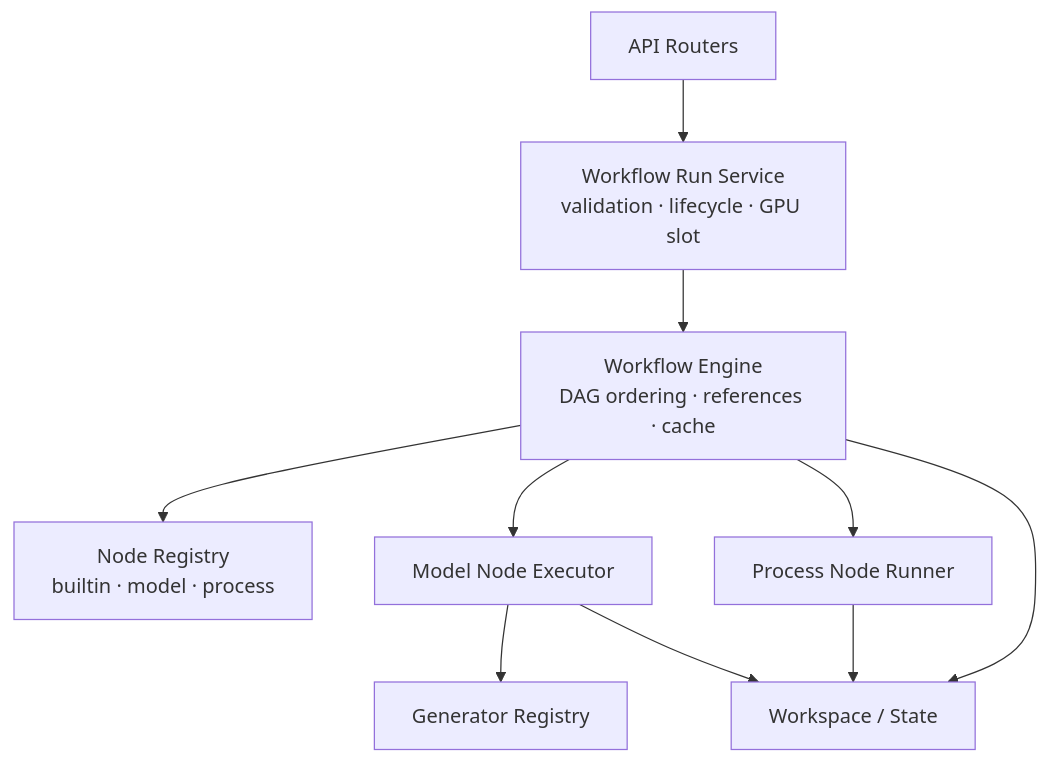
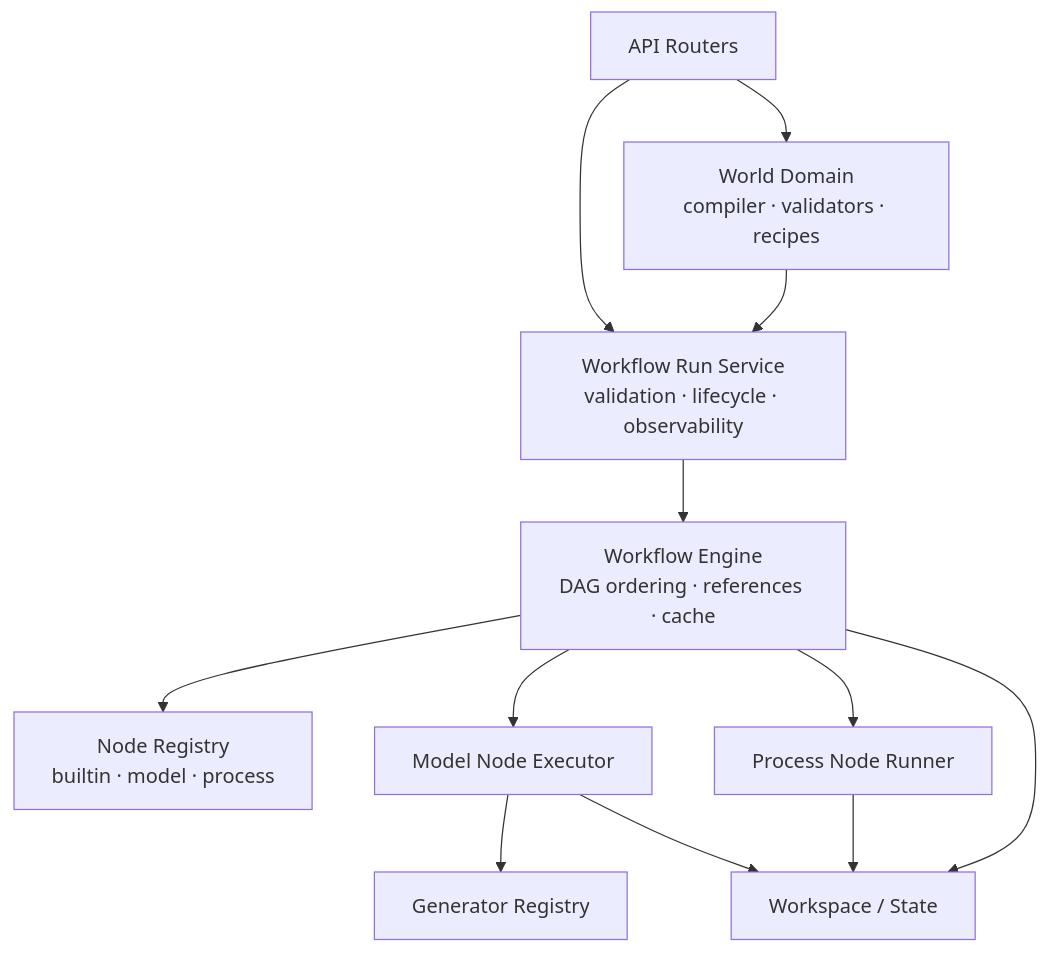
The third of 6 diagrams in docs/architecture.md (mousebar01/PolyKit), drawn with Mermaid before and after one commit. The commit also changed other lines of this file, not shown here.

Commit message:
docs: align architecture with agent-free runtime

````diff
--- a/docs/architecture.md
+++ b/docs/architecture.md
@@ -61,21 +62,24 @@
 ```mermaid
 flowchart TB
     Routers[API Routers]
-    RunService[Workflow Run Service\nvalidation · lifecycle · GPU slot]
+    World[World Domain\ncompiler · validators · recipes]
+    RunService[Workflow Run Service\nvalidation · lifecycle · observability]
     Engine[Workflow Engine\nDAG ordering · references · cache]
     Registry[Node Registry\nbuiltin · model · process]
     ModelExec[Model Node Executor]
     ProcessRunner[Process Node Runner]
     Generators[Generator Registry]
     Workspace[Workspace / State]
 
+    Routers --> World
     Routers --> RunService
+    World --> RunService
     RunService --> Engine
     Engine --> Registry
     Engine --> ModelExec
     Engine --> ProcessRunner
     ModelExec --> Generators
     ModelExec --> Workspace
     ProcessRunner --> Workspace
     Engine --> Workspace
 ```
````
